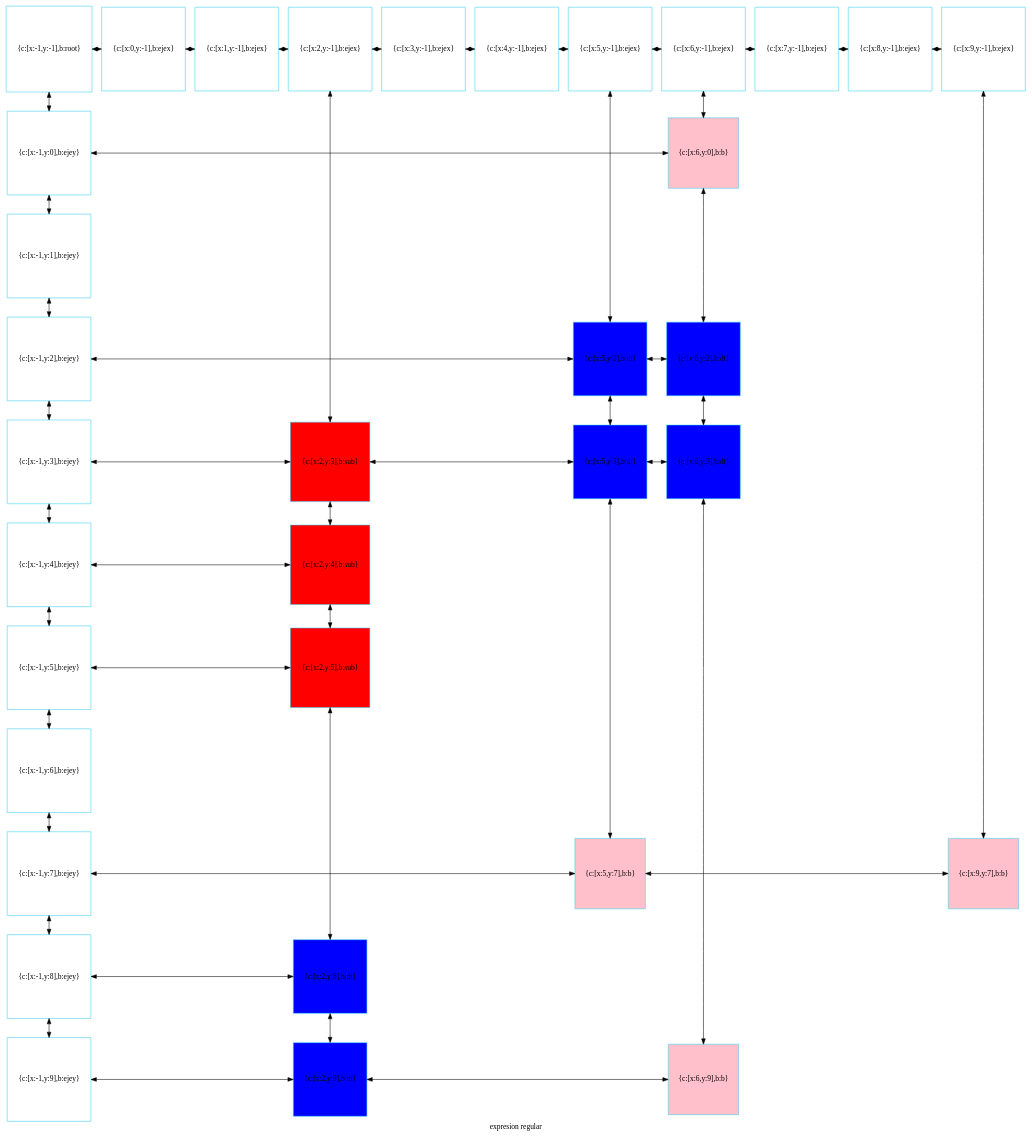
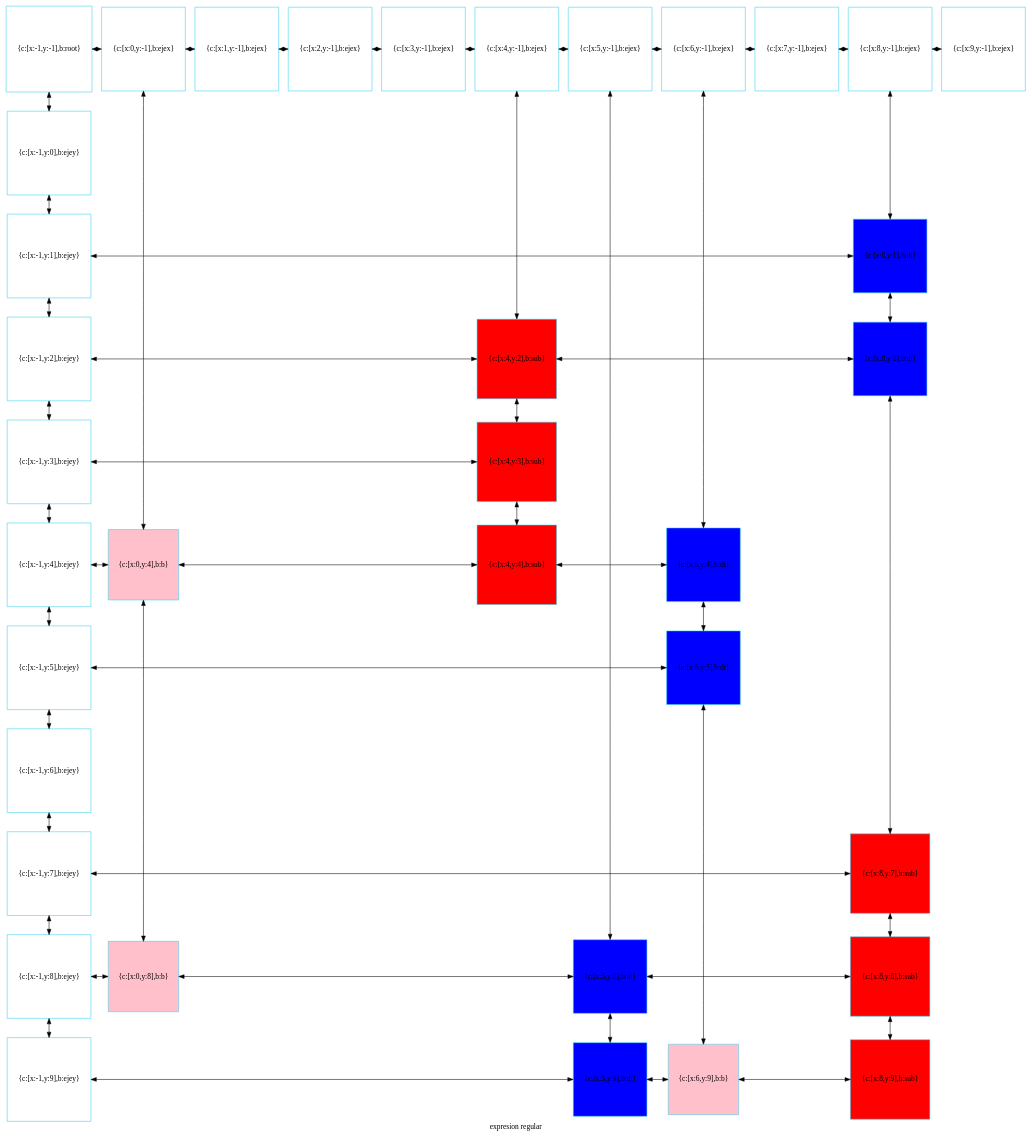
One commit to betebetoven/EDDS2F2 changed the diagram in mitablero.dot. Above: the diagram before and after it, drawn with Graphviz. The commit also changed 10 other files, not shown here.

```diff
--- a/mitablero.dot
+++ b/mitablero.dot
@@ -1,100 +1,106 @@
 digraph G
 {label="expresion regular"
         node[shape = square]
         node[style = filled]
         node[fillcolor = "#EEEEE"]
         node[color = "#EEEEE"]
         node[color = "#31CEF0"]
 
-583535751712[label="{c:[x:-1,y:-1],b:root}",fillcolor = "white"]
-583535751856[label="{c:[x:0,y:-1],b:ejex}",fillcolor = "white"]
-583535752000[label="{c:[x:1,y:-1],b:ejex}",fillcolor = "white"]
-583535752144[label="{c:[x:2,y:-1],b:ejex}",fillcolor = "white"]
-583535752288[label="{c:[x:3,y:-1],b:ejex}",fillcolor = "white"]
-583535752432[label="{c:[x:4,y:-1],b:ejex}",fillcolor = "white"]
-583535752576[label="{c:[x:5,y:-1],b:ejex}",fillcolor = "white"]
-583535752720[label="{c:[x:6,y:-1],b:ejex}",fillcolor = "white"]
-583535752864[label="{c:[x:7,y:-1],b:ejex}",fillcolor = "white"]
-583535753008[label="{c:[x:8,y:-1],b:ejex}",fillcolor = "white"]
-583535753152[label="{c:[x:9,y:-1],b:ejex}",fillcolor = "white"]
-583535753296[label="{c:[x:-1,y:0],b:ejey}",fillcolor = "white"]
-583535767120[label="{c:[x:6,y:0],b:b}",fillcolor = "pink"]
-583535753440[label="{c:[x:-1,y:1],b:ejey}",fillcolor = "white"]
-583535753584[label="{c:[x:-1,y:2],b:ejey}",fillcolor = "white"]
-583535765440[label="{c:[x:5,y:2],b:dt}",fillcolor = "blue"]
-583535766400[label="{c:[x:6,y:2],b:dt}",fillcolor = "blue"]
-583535753728[label="{c:[x:-1,y:3],b:ejey}",fillcolor = "white"]
-583535764048[label="{c:[x:2,y:3],b:sub}",fillcolor = "red"]
-583535765680[label="{c:[x:5,y:3],b:dt}",fillcolor = "blue"]
-583535766640[label="{c:[x:6,y:3],b:dt}",fillcolor = "blue"]
-583535753872[label="{c:[x:-1,y:4],b:ejey}",fillcolor = "white"]
-583535764288[label="{c:[x:2,y:4],b:sub}",fillcolor = "red"]
-583535754016[label="{c:[x:-1,y:5],b:ejey}",fillcolor = "white"]
-583535764528[label="{c:[x:2,y:5],b:sub}",fillcolor = "red"]
-583535754160[label="{c:[x:-1,y:6],b:ejey}",fillcolor = "white"]
-583535754304[label="{c:[x:-1,y:7],b:ejey}",fillcolor = "white"]
-583535771760[label="{c:[x:5,y:7],b:b}",fillcolor = "pink"]
-583535767360[label="{c:[x:9,y:7],b:b}",fillcolor = "pink"]
-583535754448[label="{c:[x:-1,y:8],b:ejey}",fillcolor = "white"]
-583535765920[label="{c:[x:2,y:8],b:dt}",fillcolor = "blue"]
-583535754592[label="{c:[x:-1,y:9],b:ejey}",fillcolor = "white"]
-583535766160[label="{c:[x:2,y:9],b:dt}",fillcolor = "blue"]
-583535766880[label="{c:[x:6,y:9],b:b}",fillcolor = "pink"]
-583535751712->583535753296[dir = both];
-583535753296->583535753440[dir = both];
-583535753440->583535753584[dir = both];
-583535753584->583535753728[dir = both];
-583535753728->583535753872[dir = both];
-583535753872->583535754016[dir = both];
-583535754016->583535754160[dir = both];
-583535754160->583535754304[dir = both];
-583535754304->583535754448[dir = both];
-583535754448->583535754592[dir = both];
-583535752144->583535764048[dir = both];
-583535764048->583535764288[dir = both];
-583535764288->583535764528[dir = both];
-583535764528->583535765920[dir = both];
-583535765920->583535766160[dir = both];
-583535752576->583535765440[dir = both];
-583535765440->583535765680[dir = both];
-583535765680->583535771760[dir = both];
-583535752720->583535767120[dir = both];
-583535767120->583535766400[dir = both];
-583535766400->583535766640[dir = both];
-583535766640->583535766880[dir = both];
-583535753152->583535767360[dir = both];
-583535751712->583535751856[dir = both];
-583535751856->583535752000[dir = both];
-583535752000->583535752144[dir = both];
-583535752144->583535752288[dir = both];
-583535752288->583535752432[dir = both];
-583535752432->583535752576[dir = both];
-583535752576->583535752720[dir = both];
-583535752720->583535752864[dir = both];
-583535752864->583535753008[dir = both];
-583535753008->583535753152[dir = both];
-583535753296->583535767120[constraint=false,dir = both];
-583535753584->583535765440[constraint=false,dir = both];
-583535765440->583535766400[constraint=false,dir = both];
-583535753728->583535764048[constraint=false,dir = both];
-583535764048->583535765680[constraint=false,dir = both];
-583535765680->583535766640[constraint=false,dir = both];
-583535753872->583535764288[constraint=false,dir = both];
-583535754016->583535764528[constraint=false,dir = both];
-583535754304->583535771760[constraint=false,dir = both];
-583535771760->583535767360[constraint=false,dir = both];
-583535754448->583535765920[constraint=false,dir = both];
-583535754592->583535766160[constraint=false,dir = both];
-583535766160->583535766880[constraint=false,dir = both];
- {rank=same; 583535751712;583535751856;583535752000;583535752144;583535752288;583535752432;583535752576;583535752720;583535752864;583535753008;583535753152;}
- {rank=same; 583535753296;583535767120;}
- {rank=same; 583535753440;}
- {rank=same; 583535753584;583535765440;583535766400;}
- {rank=same; 583535753728;583535764048;583535765680;583535766640;}
- {rank=same; 583535753872;583535764288;}
- {rank=same; 583535754016;583535764528;}
- {rank=same; 583535754160;}
- {rank=same; 583535754304;583535771760;583535767360;}
- {rank=same; 583535754448;583535765920;}
- {rank=same; 583535754592;583535766160;583535766880;}
+1075654617360[label="{c:[x:-1,y:-1],b:root}",fillcolor = "white"]
+1075654617504[label="{c:[x:0,y:-1],b:ejex}",fillcolor = "white"]
+1075654617648[label="{c:[x:1,y:-1],b:ejex}",fillcolor = "white"]
+1075654617792[label="{c:[x:2,y:-1],b:ejex}",fillcolor = "white"]
+1075654617936[label="{c:[x:3,y:-1],b:ejex}",fillcolor = "white"]
+1075654618080[label="{c:[x:4,y:-1],b:ejex}",fillcolor = "white"]
+1075654618224[label="{c:[x:5,y:-1],b:ejex}",fillcolor = "white"]
+1075654618368[label="{c:[x:6,y:-1],b:ejex}",fillcolor = "white"]
+1075654618512[label="{c:[x:7,y:-1],b:ejex}",fillcolor = "white"]
+1075654618656[label="{c:[x:8,y:-1],b:ejex}",fillcolor = "white"]
+1075654618800[label="{c:[x:9,y:-1],b:ejex}",fillcolor = "white"]
+1075654618944[label="{c:[x:-1,y:0],b:ejey}",fillcolor = "white"]
+1075654619088[label="{c:[x:-1,y:1],b:ejey}",fillcolor = "white"]
+1075654644400[label="{c:[x:8,y:1],b:dt}",fillcolor = "blue"]
+1075654631584[label="{c:[x:-1,y:2],b:ejey}",fillcolor = "white"]
+1075654634128[label="{c:[x:4,y:2],b:sub}",fillcolor = "red"]
+1075654644736[label="{c:[x:8,y:2],b:dt}",fillcolor = "blue"]
+1075654631728[label="{c:[x:-1,y:3],b:ejey}",fillcolor = "white"]
+1075654634464[label="{c:[x:4,y:3],b:sub}",fillcolor = "red"]
+1075654631872[label="{c:[x:-1,y:4],b:ejey}",fillcolor = "white"]
+1075654646800[label="{c:[x:0,y:4],b:b}",fillcolor = "pink"]
+1075654634800[label="{c:[x:4,y:4],b:sub}",fillcolor = "red"]
+1075654645744[label="{c:[x:6,y:4],b:dt}",fillcolor = "blue"]
+1075654632016[label="{c:[x:-1,y:5],b:ejey}",fillcolor = "white"]
+1075654646080[label="{c:[x:6,y:5],b:dt}",fillcolor = "blue"]
+1075654632160[label="{c:[x:-1,y:6],b:ejey}",fillcolor = "white"]
+1075654632304[label="{c:[x:-1,y:7],b:ejey}",fillcolor = "white"]
+1075654635376[label="{c:[x:8,y:7],b:sub}",fillcolor = "red"]
+1075654632448[label="{c:[x:-1,y:8],b:ejey}",fillcolor = "white"]
+1075654646416[label="{c:[x:0,y:8],b:b}",fillcolor = "pink"]
+1075654645408[label="{c:[x:5,y:8],b:dt}",fillcolor = "blue"]
+1075654635232[label="{c:[x:8,y:8],b:sub}",fillcolor = "red"]
+1075654632592[label="{c:[x:-1,y:9],b:ejey}",fillcolor = "white"]
+1075654645168[label="{c:[x:5,y:9],b:dt}",fillcolor = "blue"]
+1075654647424[label="{c:[x:6,y:9],b:b}",fillcolor = "pink"]
+1075654644064[label="{c:[x:8,y:9],b:sub}",fillcolor = "red"]
+1075654617360->1075654618944[dir = both];
+1075654618944->1075654619088[dir = both];
+1075654619088->1075654631584[dir = both];
+1075654631584->1075654631728[dir = both];
+1075654631728->1075654631872[dir = both];
+1075654631872->1075654632016[dir = both];
+1075654632016->1075654632160[dir = both];
+1075654632160->1075654632304[dir = both];
+1075654632304->1075654632448[dir = both];
+1075654632448->1075654632592[dir = both];
+1075654617504->1075654646800[dir = both];
+1075654646800->1075654646416[dir = both];
+1075654618080->1075654634128[dir = both];
+1075654634128->1075654634464[dir = both];
+1075654634464->1075654634800[dir = both];
+1075654618224->1075654645408[dir = both];
+1075654645408->1075654645168[dir = both];
+1075654618368->1075654645744[dir = both];
+1075654645744->1075654646080[dir = both];
+1075654646080->1075654647424[dir = both];
+1075654618656->1075654644400[dir = both];
+1075654644400->1075654644736[dir = both];
+1075654644736->1075654635376[dir = both];
+1075654635376->1075654635232[dir = both];
+1075654635232->1075654644064[dir = both];
+1075654617360->1075654617504[dir = both];
+1075654617504->1075654617648[dir = both];
+1075654617648->1075654617792[dir = both];
+1075654617792->1075654617936[dir = both];
+1075654617936->1075654618080[dir = both];
+1075654618080->1075654618224[dir = both];
+1075654618224->1075654618368[dir = both];
+1075654618368->1075654618512[dir = both];
+1075654618512->1075654618656[dir = both];
+1075654618656->1075654618800[dir = both];
+1075654619088->1075654644400[constraint=false,dir = both];
+1075654631584->1075654634128[constraint=false,dir = both];
+1075654634128->1075654644736[constraint=false,dir = both];
+1075654631728->1075654634464[constraint=false,dir = both];
+1075654631872->1075654646800[constraint=false,dir = both];
+1075654646800->1075654634800[constraint=false,dir = both];
+1075654634800->1075654645744[constraint=false,dir = both];
+1075654632016->1075654646080[constraint=false,dir = both];
+1075654632304->1075654635376[constraint=false,dir = both];
+1075654632448->1075654646416[constraint=false,dir = both];
+1075654646416->1075654645408[constraint=false,dir = both];
+1075654645408->1075654635232[constraint=false,dir = both];
+1075654632592->1075654645168[constraint=false,dir = both];
+1075654645168->1075654647424[constraint=false,dir = both];
+1075654647424->1075654644064[constraint=false,dir = both];
+ {rank=same; 1075654617360;1075654617504;1075654617648;1075654617792;1075654617936;1075654618080;1075654618224;1075654618368;1075654618512;1075654618656;1075654618800;}
+ {rank=same; 1075654618944;}
+ {rank=same; 1075654619088;1075654644400;}
+ {rank=same; 1075654631584;1075654634128;1075654644736;}
+ {rank=same; 1075654631728;1075654634464;}
+ {rank=same; 1075654631872;1075654646800;1075654634800;1075654645744;}
+ {rank=same; 1075654632016;1075654646080;}
+ {rank=same; 1075654632160;}
+ {rank=same; 1075654632304;1075654635376;}
+ {rank=same; 1075654632448;1075654646416;1075654645408;1075654635232;}
+ {rank=same; 1075654632592;1075654645168;1075654647424;1075654644064;}
 }
```
